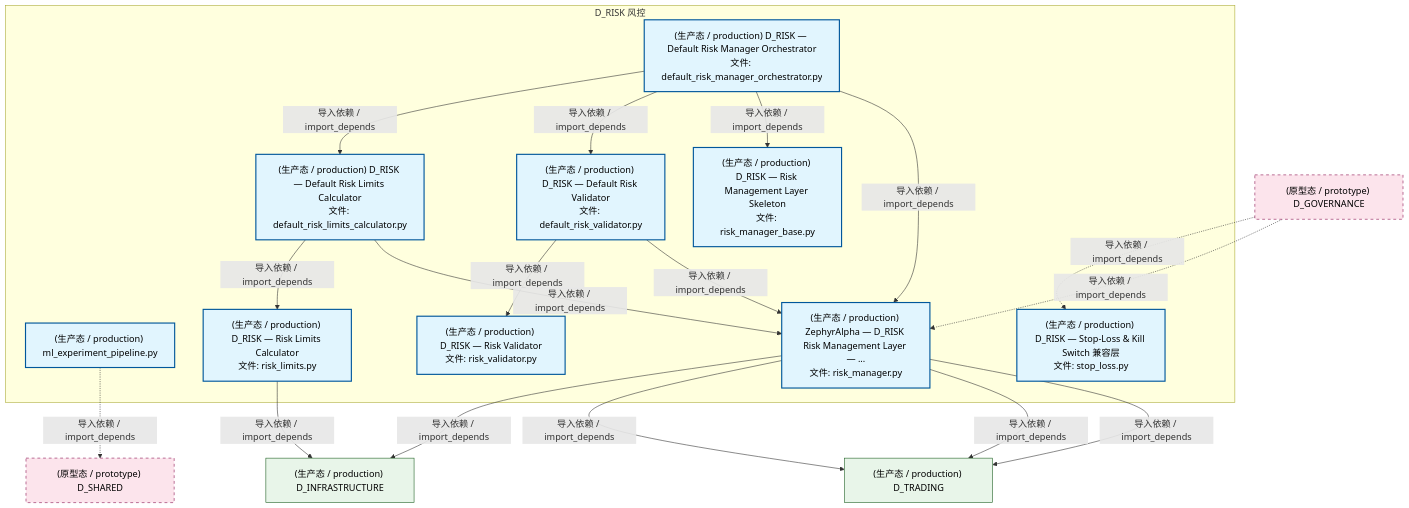
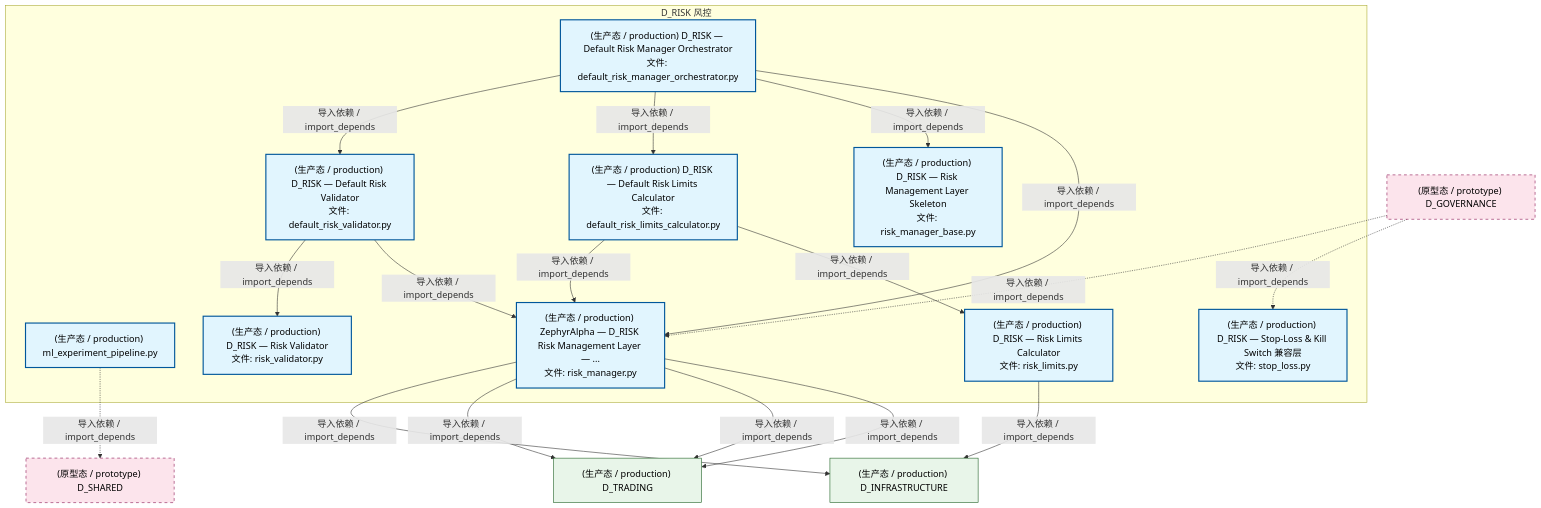
The second of 4 diagrams in docs/02_enterprise_architecture/02_domain_architecture_docs/54_d_risk.md (xuanFelixVan/ZephyrAlpha), drawn with Mermaid before and after one commit. The commit also changed other lines of this file and 123 other files, not shown here.

````diff
--- a/docs/02_enterprise_architecture/02_domain_architecture_docs/54_d_risk.md
+++ b/docs/02_enterprise_architecture/02_domain_architecture_docs/54_d_risk.md
@@ -178,41 +178,41 @@
 ```mermaid
 graph TD
     subgraph D_RISK["D_RISK 风控"]
         src_zephyr_risk_cross_asset_cross_market_data_adapter_ml_experiment_pipeline_py["(生产态 / production) ml_experiment_pipeline.py"]
         src_zephyr_risk_implementations_default_risk_limits_calculator_py["(生产态 / production) D_RISK — Default Risk Limits Calculator<br/>文件: default_risk_limits_calculator.py"]
         src_zephyr_risk_implementations_default_risk_manager_orchestrator_py["(生产态 / production) D_RISK — Default Risk Manager Orchestrator<br/>文件: default_risk_manager_orchestrator.py"]
         src_zephyr_risk_implementations_default_risk_validator_py["(生产态 / production) D_RISK — Default Risk Validator<br/>文件: default_risk_validator.py"]
         src_zephyr_risk_risk_limits_py["(生产态 / production) D_RISK — Risk Limits Calculator<br/>文件: risk_limits.py"]
         src_zephyr_risk_risk_manager_py["(生产态 / production) ZephyrAlpha — D_RISK Risk Management Layer — ...<br/>文件: risk_manager.py"]
         src_zephyr_risk_risk_manager_base_py["(生产态 / production) D_RISK — Risk Management Layer Skeleton<br/>文件: risk_manager_base.py"]
         src_zephyr_risk_risk_validator_py["(生产态 / production) D_RISK — Risk Validator<br/>文件: risk_validator.py"]
         src_zephyr_risk_stop_loss_py["(生产态 / production) D_RISK — Stop-Loss & Kill Switch 兼容层<br/>文件: stop_loss.py"]
     end
+    src_zephyr_risk_implementations_default_risk_limits_calculator_py -->|导入依赖 / import_depends| src_zephyr_risk_risk_limits_py
+    src_zephyr_risk_implementations_default_risk_limits_calculator_py -->|导入依赖 / import_depends| src_zephyr_risk_risk_manager_py
     src_zephyr_risk_implementations_default_risk_validator_py -->|导入依赖 / import_depends| src_zephyr_risk_risk_manager_py
     src_zephyr_risk_implementations_default_risk_validator_py -->|导入依赖 / import_depends| src_zephyr_risk_risk_validator_py
-    src_zephyr_risk_implementations_default_risk_limits_calculator_py -->|导入依赖 / import_depends| src_zephyr_risk_risk_manager_py
-    src_zephyr_risk_implementations_default_risk_limits_calculator_py -->|导入依赖 / import_depends| src_zephyr_risk_risk_limits_py
     src_zephyr_risk_implementations_default_risk_manager_orchestrator_py -->|导入依赖 / import_depends| src_zephyr_risk_risk_manager_py
     src_zephyr_risk_implementations_default_risk_manager_orchestrator_py -->|导入依赖 / import_depends| src_zephyr_risk_risk_manager_base_py
+    src_zephyr_risk_implementations_default_risk_manager_orchestrator_py -->|导入依赖 / import_depends| src_zephyr_risk_implementations_default_risk_limits_calculator_py
     src_zephyr_risk_implementations_default_risk_manager_orchestrator_py -->|导入依赖 / import_depends| src_zephyr_risk_implementations_default_risk_validator_py
-    src_zephyr_risk_implementations_default_risk_manager_orchestrator_py -->|导入依赖 / import_depends| src_zephyr_risk_implementations_default_risk_limits_calculator_py
+    D_INFRASTRUCTURE["(生产态 / production) D_INFRASTRUCTURE"]
+    src_zephyr_risk_risk_limits_py -->|导入依赖 / import_depends| D_INFRASTRUCTURE
     D_TRADING["(生产态 / production) D_TRADING"]
     src_zephyr_risk_risk_manager_py -->|导入依赖 / import_depends| D_TRADING
     src_zephyr_risk_risk_manager_py -->|导入依赖 / import_depends| D_TRADING
     src_zephyr_risk_risk_manager_py -->|导入依赖 / import_depends| D_TRADING
-    D_INFRASTRUCTURE["(生产态 / production) D_INFRASTRUCTURE"]
     src_zephyr_risk_risk_manager_py -->|导入依赖 / import_depends| D_INFRASTRUCTURE
-    src_zephyr_risk_risk_limits_py -->|导入依赖 / import_depends| D_INFRASTRUCTURE
     D_SHARED["(原型态 / prototype) D_SHARED"]
     src_zephyr_risk_cross_asset_cross_market_data_adapter_ml_experiment_pipeline_py -.->|导入依赖 / import_depends| D_SHARED
     D_GOVERNANCE["(原型态 / prototype) D_GOVERNANCE"]
+    D_GOVERNANCE -.->|导入依赖 / import_depends| src_zephyr_risk_stop_loss_py
     D_GOVERNANCE -.->|导入依赖 / import_depends| src_zephyr_risk_risk_manager_py
-    D_GOVERNANCE -.->|导入依赖 / import_depends| src_zephyr_risk_stop_loss_py
     classDef production fill:#e1f5fe,stroke:#01579b,stroke-width:2px,color:#000
     classDef design fill:#fff3e0,stroke:#e65100,stroke-width:2px,color:#000,stroke-dasharray: 5 5
     classDef external_prod fill:#e8f5e9,stroke:#1b5e20,stroke-width:1px,color:#000
     classDef external_design fill:#fce4ec,stroke:#880e4f,stroke-width:1px,color:#000,stroke-dasharray: 5 5
     class src_zephyr_risk_cross_asset_cross_market_data_adapter_ml_experiment_pipeline_py,src_zephyr_risk_implementations_default_risk_limits_calculator_py,src_zephyr_risk_implementations_default_risk_manager_orchestrator_py,src_zephyr_risk_implementations_default_risk_validator_py,src_zephyr_risk_risk_limits_py,src_zephyr_risk_risk_manager_py,src_zephyr_risk_risk_manager_base_py,src_zephyr_risk_risk_validator_py,src_zephyr_risk_stop_loss_py production
-    class D_TRADING,D_INFRASTRUCTURE external_prod
+    class D_INFRASTRUCTURE,D_TRADING external_prod
     class D_SHARED,D_GOVERNANCE external_design
 ```
````
